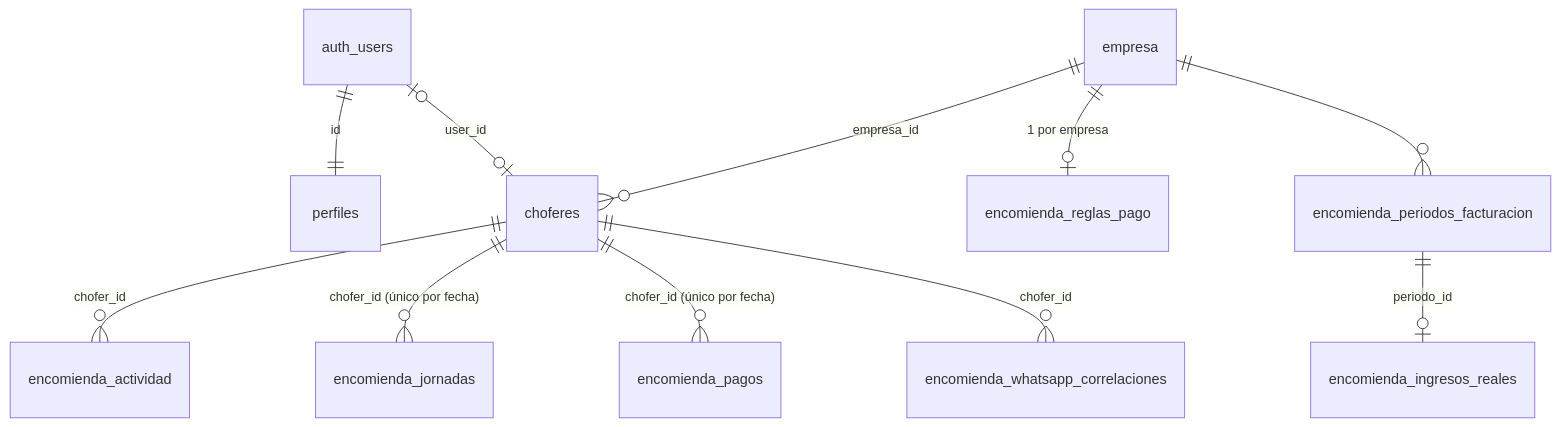
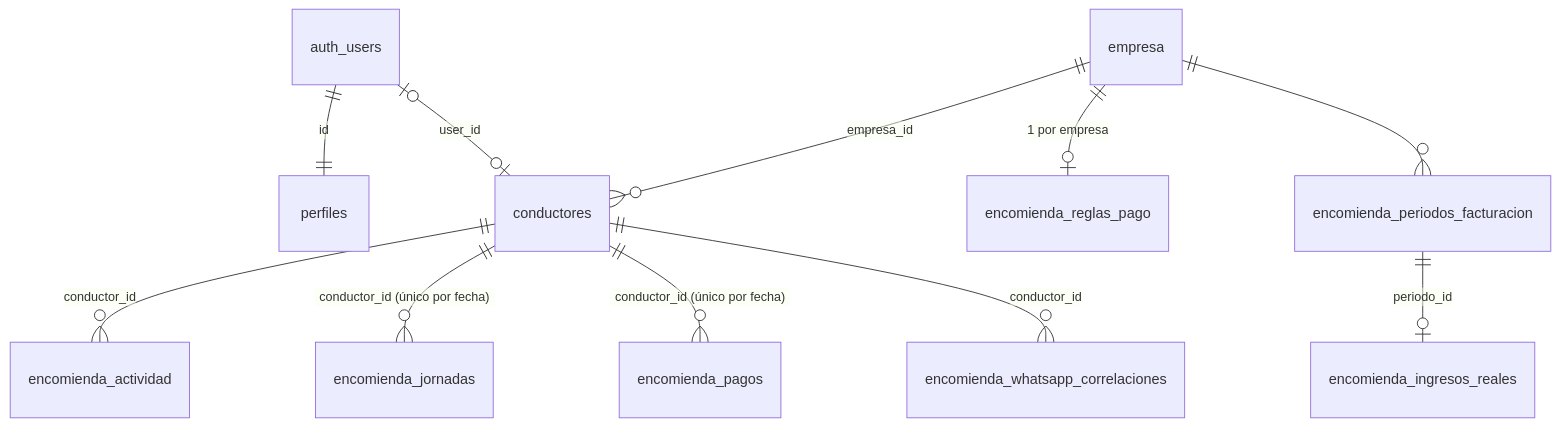
The second of 4 diagrams in docs/ARQUITECTURA.md (etianypr/ProyectoAres), drawn with Mermaid before and after one commit. The commit also changed other lines of this file and 426 other files, not shown here.

````diff
--- a/docs/ARQUITECTURA.md
+++ b/docs/ARQUITECTURA.md
@@ -43,13 +67,13 @@
 ```mermaid
 erDiagram
   auth_users ||--|| perfiles : id
-  auth_users |o--o| choferes : user_id
-  empresa ||--o{ choferes : empresa_id
+  auth_users |o--o| conductores : user_id
+  empresa ||--o{ conductores : empresa_id
   empresa ||--o| encomienda_reglas_pago : "1 por empresa"
   empresa ||--o{ encomienda_periodos_facturacion : ""
   encomienda_periodos_facturacion ||--o| encomienda_ingresos_reales : periodo_id
-  choferes ||--o{ encomienda_actividad : chofer_id
-  choferes ||--o{ encomienda_jornadas : "chofer_id (único por fecha)"
-  choferes ||--o{ encomienda_pagos : "chofer_id (único por fecha)"
-  choferes ||--o{ encomienda_whatsapp_correlaciones : chofer_id
+  conductores ||--o{ encomienda_actividad : conductor_id
+  conductores ||--o{ encomienda_jornadas : "conductor_id (único por fecha)"
+  conductores ||--o{ encomienda_pagos : "conductor_id (único por fecha)"
+  conductores ||--o{ encomienda_whatsapp_correlaciones : conductor_id
 ```
````
